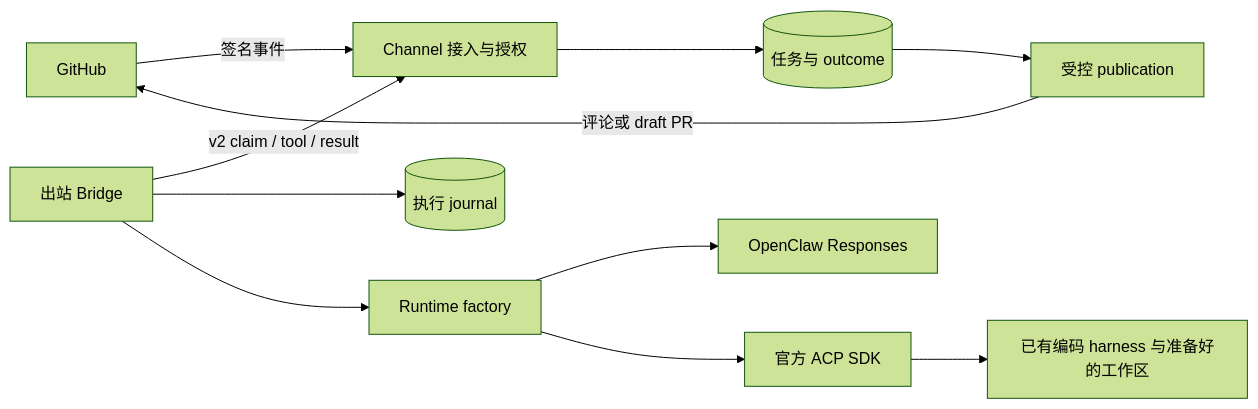
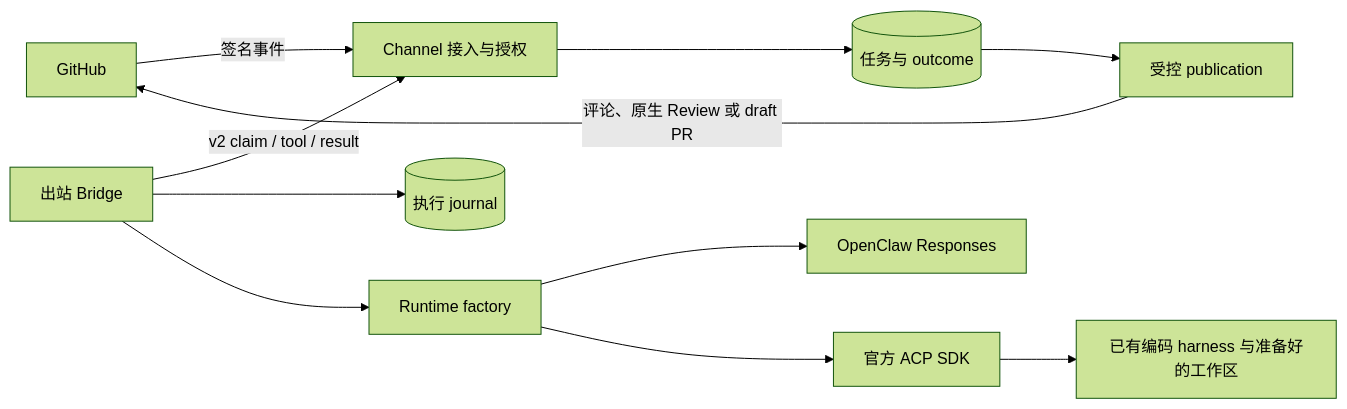
Before and after one commit to xallor-ai/github-agent-channel: the second of 2 diagrams in docs/architecture.md, drawn with Mermaid (forest theme). The commit also changed other lines of this file and 49 other files, not shown here.

````diff
--- a/docs/architecture.md
+++ b/docs/architecture.md
@@ -38,13 +38,13 @@
 ```mermaid
 flowchart LR
   GH[GitHub] -->|签名事件| C[Channel 接入与授权]
   C --> Q[(任务与 outcome)]
   B[出站 Bridge] -->|v2 claim / tool / result| C
   B --> J[(执行 journal)]
   B --> F[Runtime factory]
   F --> O[OpenClaw Responses]
   F --> A[官方 ACP SDK]
   A --> H[已有编码 harness 与准备好的工作区]
   Q --> P[受控 publication]
-  P -->|评论或 draft PR| GH
+  P -->|评论、原生 Review 或 draft PR| GH
 ```
````
